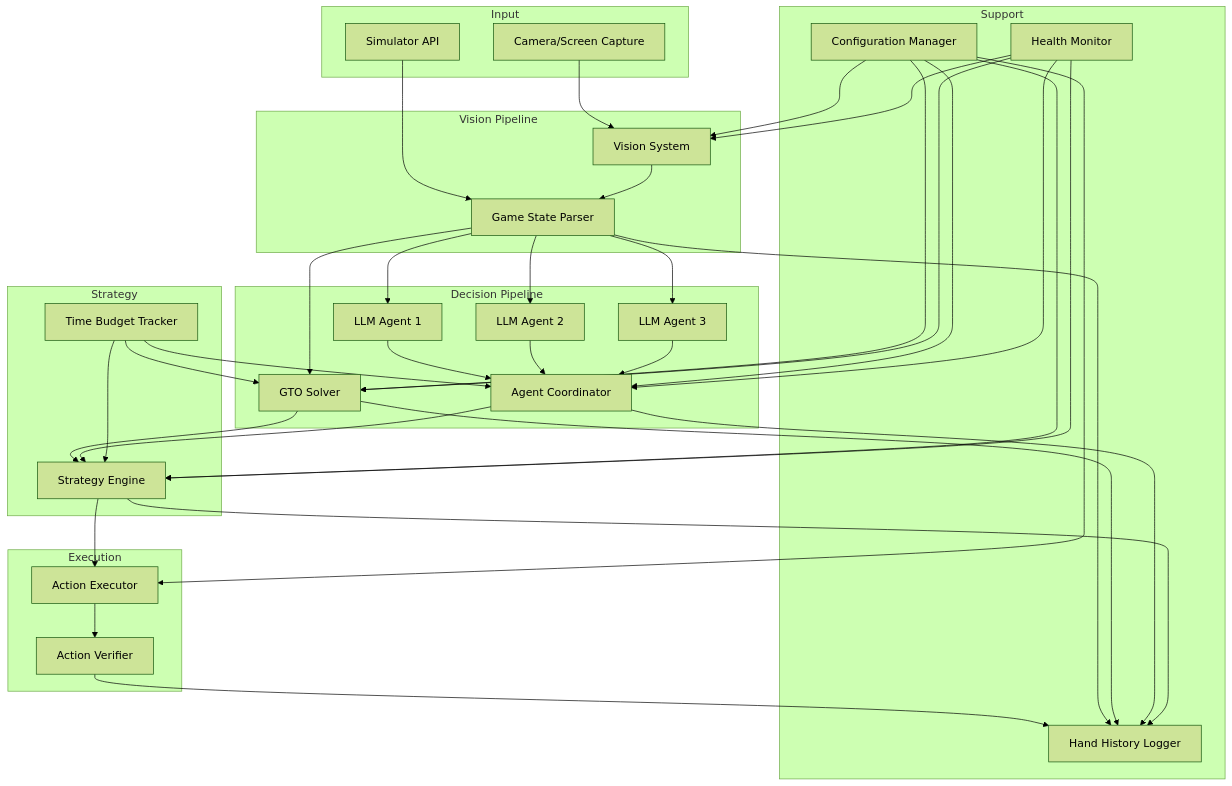
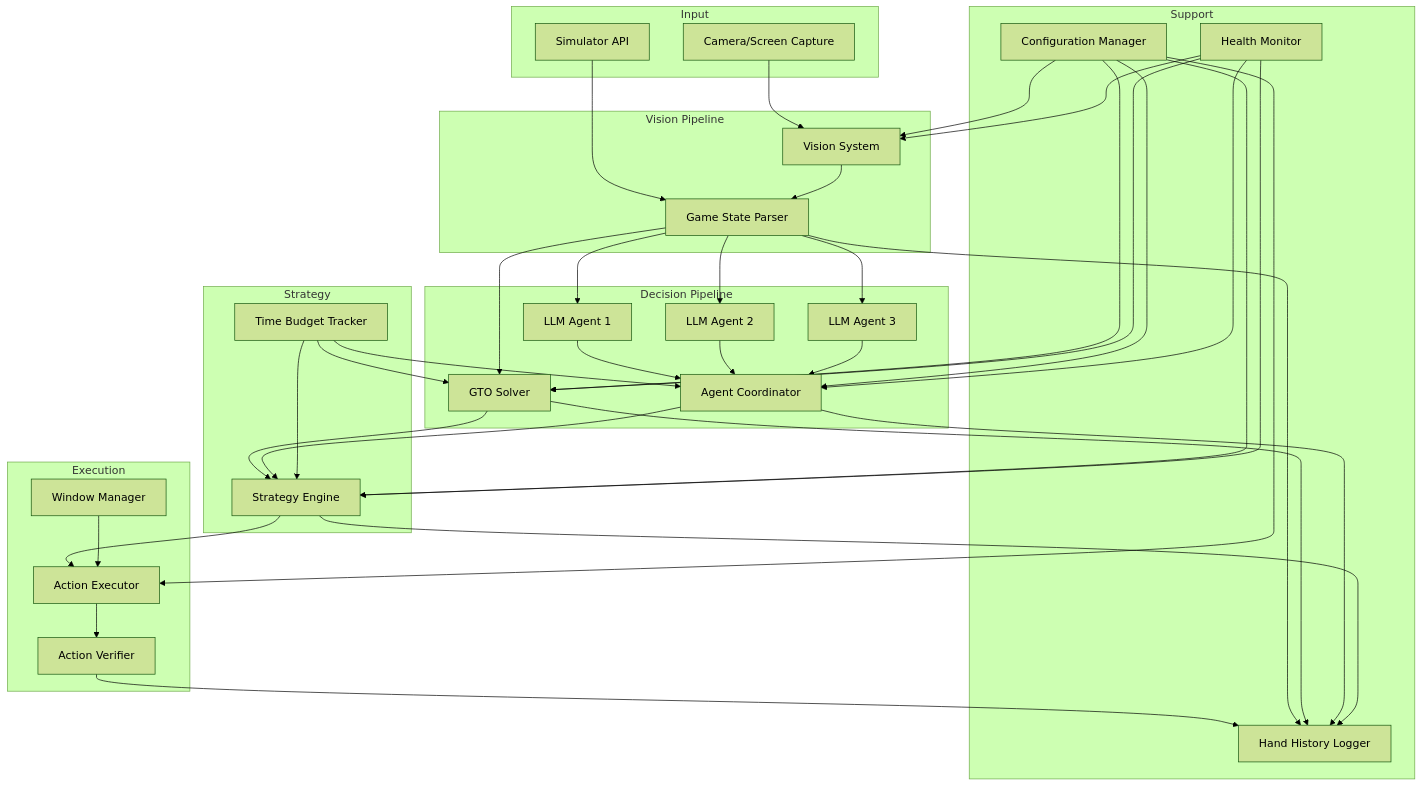
One commit to jonahgrigoryan/aipoker changed the diagram in .kiro/specs/ai-poker-bot/design.md. Above: the diagram before and after it, drawn with Mermaid (forest theme). The commit also changed other lines of this file and 2 other files, not shown here.

First line of the commit message:
Add GUI window detection and button clicking capabilities for research UI mode

````diff
--- a/.kiro/specs/ai-poker-bot/design.md
+++ b/.kiro/specs/ai-poker-bot/design.md
@@ -19,68 +19,70 @@
 ```mermaid
 graph TB
     subgraph Input
         Camera[Camera/Screen Capture]
         Simulator[Simulator API]
     end
     
     subgraph Vision Pipeline
         Vision[Vision System]
         Parser[Game State Parser]
     end
     
     subgraph Decision Pipeline
         GTO[GTO Solver]
         Agent1[LLM Agent 1]
         Agent2[LLM Agent 2]
         Agent3[LLM Agent 3]
         Coordinator[Agent Coordinator]
     end
     
     subgraph Strategy
         Engine[Strategy Engine]
         BudgetTracker[Time Budget Tracker]
     end
     
     subgraph Execution
         Executor[Action Executor]
         Verifier[Action Verifier]
+        WindowMgr[Window Manager]
     end
     
     subgraph Support
         Logger[Hand History Logger]
         Config[Configuration Manager]
         Health[Health Monitor]
     end
     
     Camera --> Vision
     Simulator --> Parser
     Vision --> Parser
     Parser --> GTO
     Parser --> Agent1
     Parser --> Agent2
     Parser --> Agent3
     Agent1 --> Coordinator
     Agent2 --> Coordinator
     Agent3 --> Coordinator
     GTO --> Engine
     Coordinator --> Engine
     BudgetTracker --> Engine
     BudgetTracker --> GTO
     BudgetTracker --> Coordinator
     Engine --> Executor
+    WindowMgr --> Executor
     Executor --> Verifier
     Verifier --> Logger
     Parser --> Logger
     GTO --> Logger
     Coordinator --> Logger
     Engine --> Logger
     Config --> Vision
     Config --> GTO
     Config --> Coordinator
     Config --> Engine
     Config --> Executor
     Health --> Vision
     Health --> GTO
     Health --> Coordinator
     Health --> Engine
 ```
````
